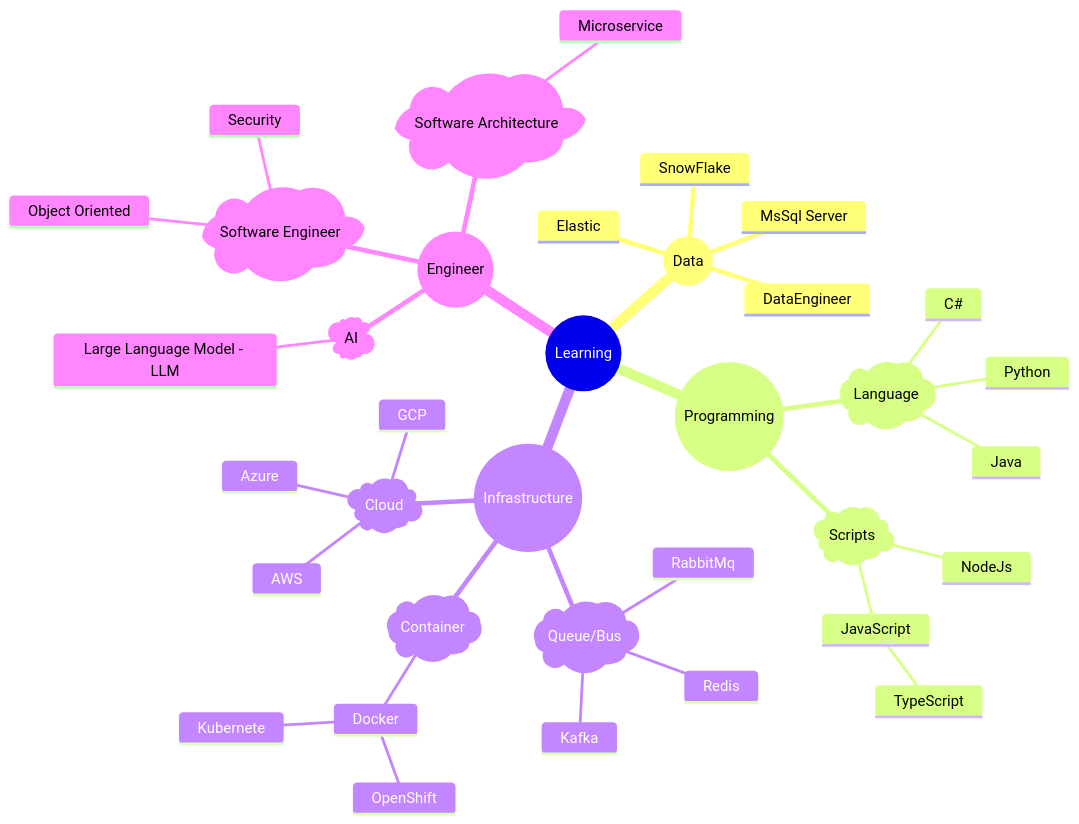
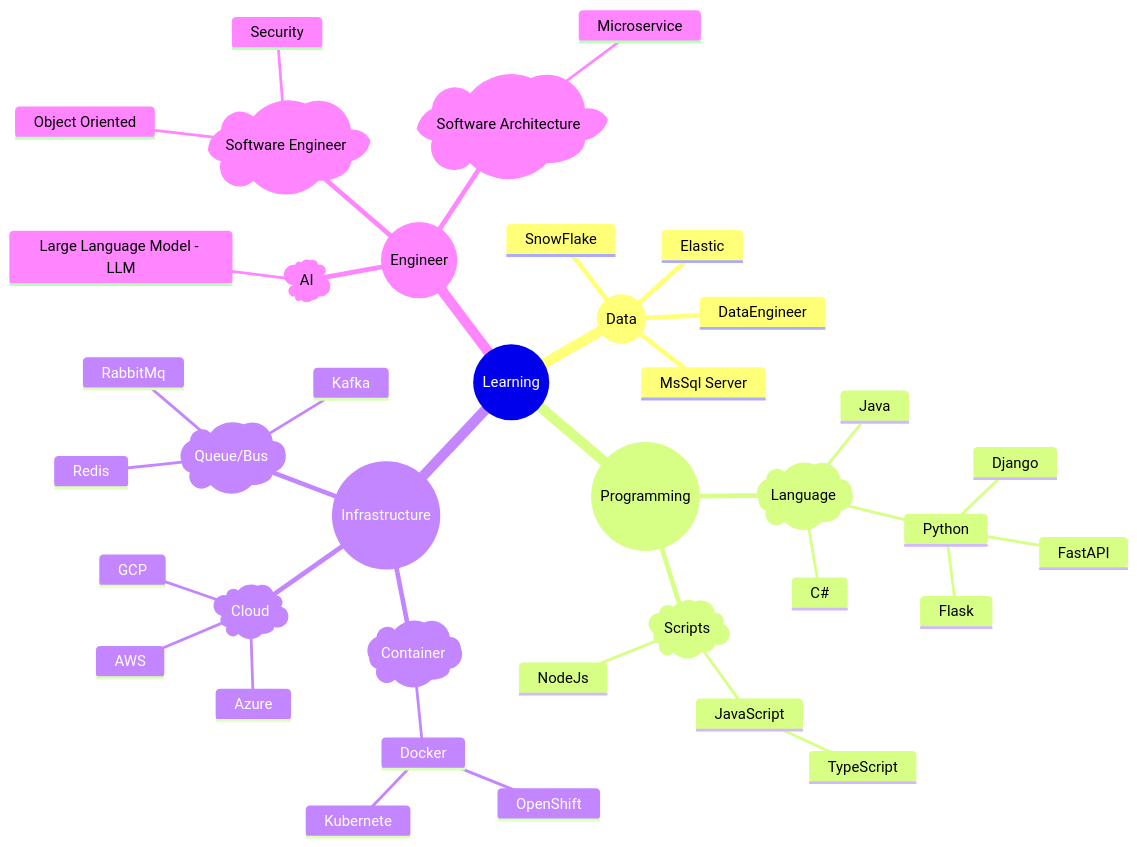
One commit to dennisn/LearningNotes changed the diagram in README.md. Above: the diagram before and after it, drawn with Mermaid. The commit also changed 1 other file, not shown here.

Commit message:
popular web frameworks for Python

````diff
--- a/README.md
+++ b/README.md
@@ -47,39 +47,42 @@
 ```mermaid
 mindmap
   root((Learning))
     id((Data))
       DataEngineer
       Elastic
       MsSql Server
       SnowFlake
     id((Programming))
       id)Language(
         Python
+          FastAPI
+          Django
+          Flask
         C#
         Java
       id)Scripts(
         NodeJs
         JavaScript
           TypeScript
     id((Infrastructure))
       id)Container(
         Docker
           Kubernete
           OpenShift
       id)Queue/Bus(
         Kafka
         Redis
         RabbitMq
       id)Cloud(
         AWS
         Azure
         GCP
     id((Engineer))
       id)AI(
         Large Language Model - LLM
       id)Software Engineer(
         Object Oriented
         Security
       id)Software Architecture(
         Microservice
 ```
````
